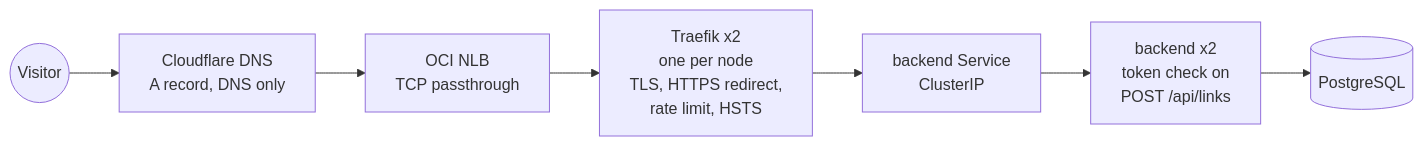
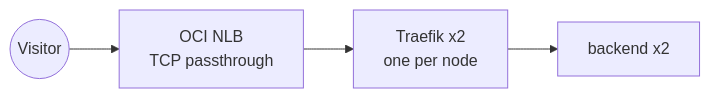
Before and after one commit to Sandeep-RN/oci-k8s-gitops-demo: the third of 6 diagrams in docs/architecture.md, drawn with Mermaid. The commit also changed other lines of this file and 29 other files, not shown here.

First line of the commit message:
Docs: README, architecture and ADR pointers follow the move to k3s (part of #74, #58) (#135)

````diff
--- a/docs/architecture.md
+++ b/docs/architecture.md
@@ -204,9 +196,6 @@
 ```mermaid
 flowchart LR
-    visitor(("Visitor")) --> cf["Cloudflare DNS<br/>A record, DNS only"]
-    cf --> nlb["OCI NLB<br/>TCP passthrough"]
-    nlb --> traefik["Traefik x2<br/>one per node<br/>TLS, HTTPS redirect,<br/>rate limit, HSTS"]
-    traefik --> svc["backend Service<br/>ClusterIP"]
-    svc --> pods["backend x2<br/>token check on<br/>POST /api/links"]
-    pods --> pg[("PostgreSQL")]
+    v1(("Visitor")) --> nlb["OCI NLB<br/>TCP passthrough"]
+    nlb --> t1["Traefik x2<br/>one per node"]
+    t1 --> b1["backend x2"]
 ```
````
